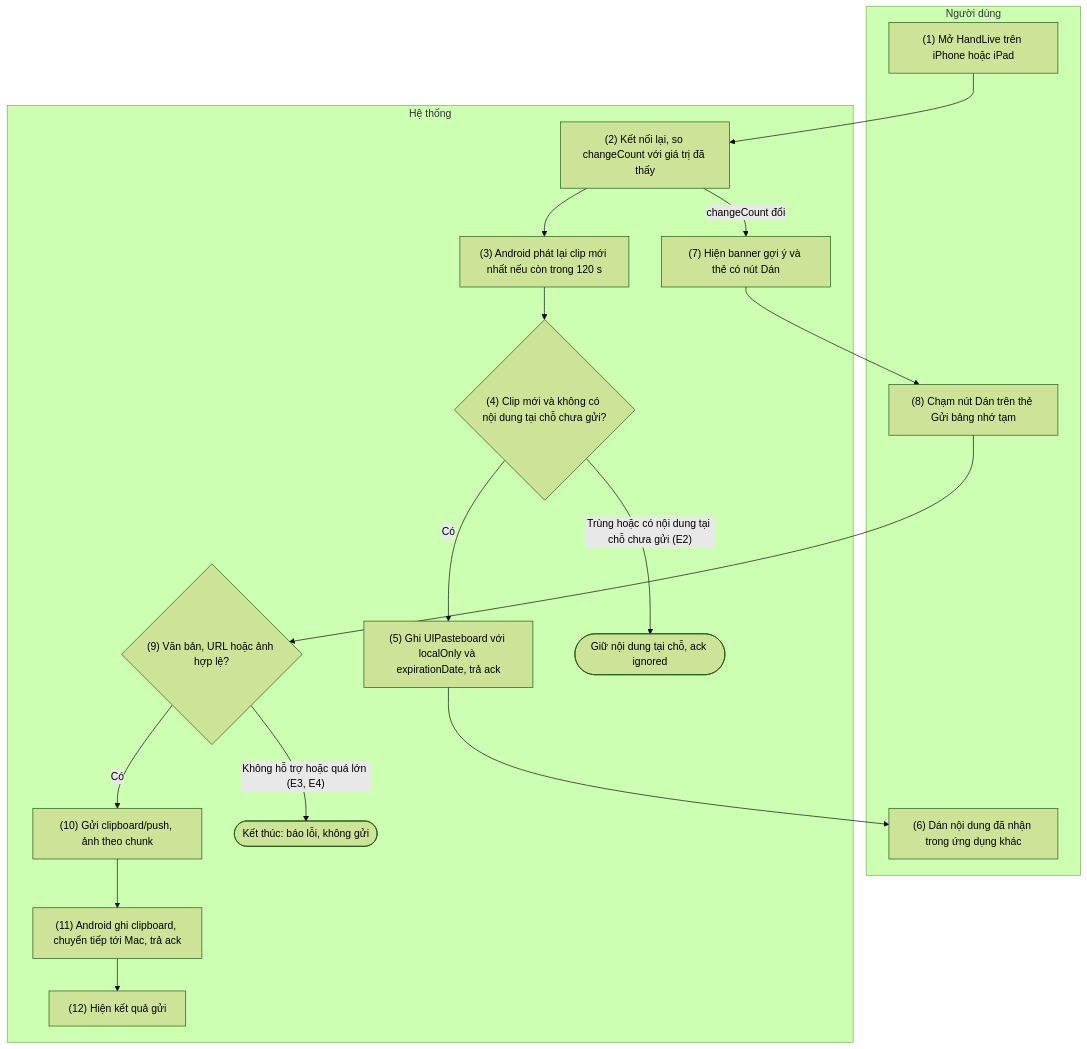
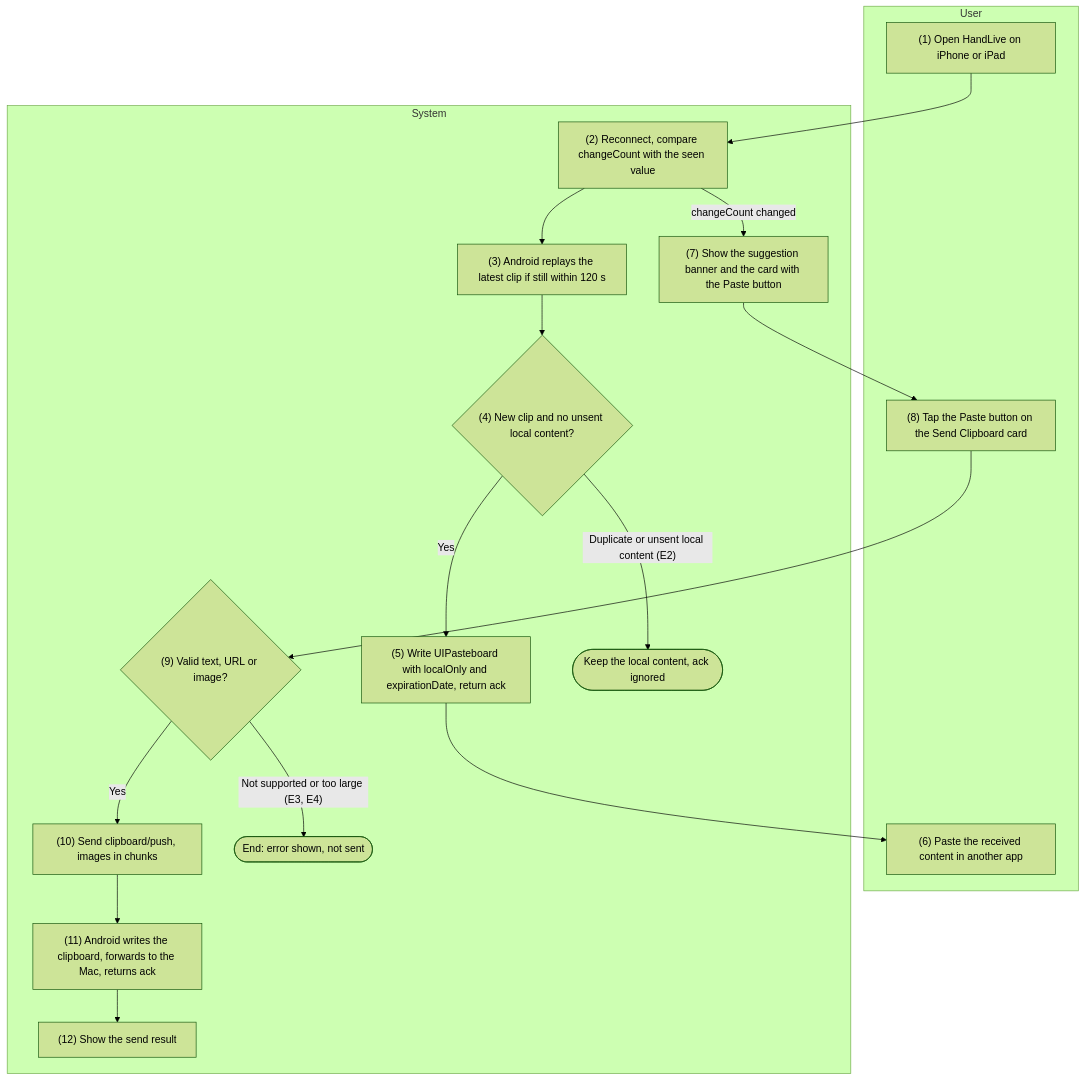
The fourth of 5 diagrams in docs/detailed-design/04-clipboard.md (HandLive/handlive), drawn with Mermaid (forest theme) before and after one commit. The commit also changed other lines of this file and 1 other file, not shown here.

Commit message:
docs: translate docs/detailed-design/04-clipboard.md into English

````diff
--- a/docs/detailed-design/04-clipboard.md
+++ b/docs/detailed-design/04-clipboard.md
@@ -1144,27 +1165,27 @@
 ```mermaid
 flowchart TB
-  subgraph ND["Người dùng"]
-    U1["(1) Mở HandLive trên iPhone hoặc iPad"]
-    U6["(6) Dán nội dung đã nhận trong ứng dụng khác"]
-    U8["(8) Chạm nút Dán trên thẻ Gửi bảng nhớ tạm"]
+  subgraph ND["User"]
+    U1["(1) Open HandLive on iPhone or iPad"]
+    U6["(6) Paste the received content in another app"]
+    U8["(8) Tap the Paste button on the Send Clipboard card"]
   end
-  subgraph HT["Hệ thống"]
-    S2["(2) Kết nối lại, so changeCount với giá trị đã thấy"]
-    S3["(3) Android phát lại clip mới nhất nếu còn trong 120 s"]
-    D4{"(4) Clip mới và không có nội dung tại chỗ chưa gửi?"}
-    S5["(5) Ghi UIPasteboard với localOnly và expirationDate, trả ack"]
-    S7["(7) Hiện banner gợi ý và thẻ có nút Dán"]
-    D9{"(9) Văn bản, URL hoặc ảnh hợp lệ?"}
-    S10["(10) Gửi clipboard/push, ảnh theo chunk"]
-    S11["(11) Android ghi clipboard, chuyển tiếp tới Mac, trả ack"]
-    S12["(12) Hiện kết quả gửi"]
-    X1(["Giữ nội dung tại chỗ, ack ignored"])
-    X2(["Kết thúc: báo lỗi, không gửi"])
+  subgraph HT["System"]
+    S2["(2) Reconnect, compare changeCount with the seen value"]
+    S3["(3) Android replays the latest clip if still within 120 s"]
+    D4{"(4) New clip and no unsent local content?"}
+    S5["(5) Write UIPasteboard with localOnly and expirationDate, return ack"]
+    S7["(7) Show the suggestion banner and the card with the Paste button"]
+    D9{"(9) Valid text, URL or image?"}
+    S10["(10) Send clipboard/push, images in chunks"]
+    S11["(11) Android writes the clipboard, forwards to the Mac, returns ack"]
+    S12["(12) Show the send result"]
+    X1(["Keep the local content, ack ignored"])
+    X2(["End: error shown, not sent"])
   end
   U1 --> S2 --> S3 --> D4
-  D4 -- "Có" --> S5 --> U6
-  D4 -- "Trùng hoặc có nội dung tại chỗ chưa gửi (E2)" --> X1
-  S2 -- "changeCount đổi" --> S7 --> U8 --> D9
-  D9 -- "Không hỗ trợ hoặc quá lớn (E3, E4)" --> X2
-  D9 -- "Có" --> S10 --> S11 --> S12
+  D4 -- "Yes" --> S5 --> U6
+  D4 -- "Duplicate or unsent local content (E2)" --> X1
+  S2 -- "changeCount changed" --> S7 --> U8 --> D9
+  D9 -- "Not supported or too large (E3, E4)" --> X2
+  D9 -- "Yes" --> S10 --> S11 --> S12
 ```
````
